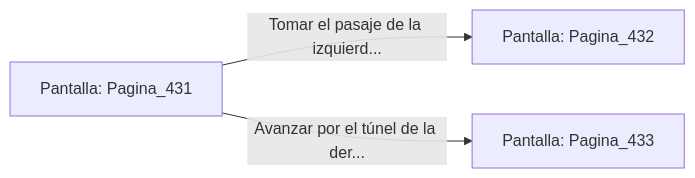
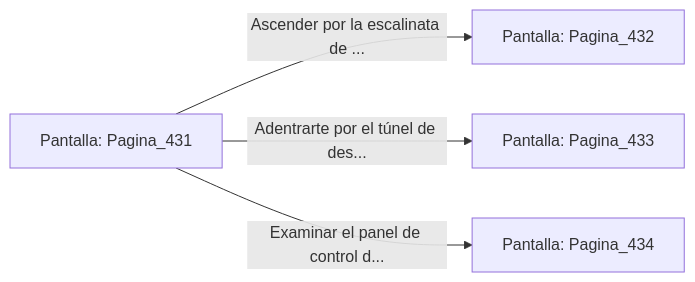
Before and after one commit to metsuke/mpl: the diagram in sample/eligejuego-vault/Pantalla_Pagina_431.md, drawn with Mermaid. The commit also changed other lines of this file and 635 other files, not shown here.

First line of the commit message:
fix: añadir Pagina_1 como pantalla inicial en capitulo_01.mpl

````diff
--- a/sample/eligejuego-vault/Pantalla_Pagina_431.md
+++ b/sample/eligejuego-vault/Pantalla_Pagina_431.md
@@ -20,6 +27,7 @@
 ```mermaid
 graph LR
     P_Pagina_431["Pantalla: Pagina_431"]
-    P_Pagina_431 -->|"Tomar el pasaje de la izquierd..."| P_Pagina_432["Pantalla: Pagina_432"]
-    P_Pagina_431 -->|"Avanzar por el túnel de la der..."| P_Pagina_433["Pantalla: Pagina_433"]
+    P_Pagina_431 -->|"Ascender por la escalinata de ..."| P_Pagina_432["Pantalla: Pagina_432"]
+    P_Pagina_431 -->|"Adentrarte por el túnel de des..."| P_Pagina_433["Pantalla: Pagina_433"]
+    P_Pagina_431 -->|"Examinar el panel de control d..."| P_Pagina_434["Pantalla: Pagina_434"]
 ```
````
